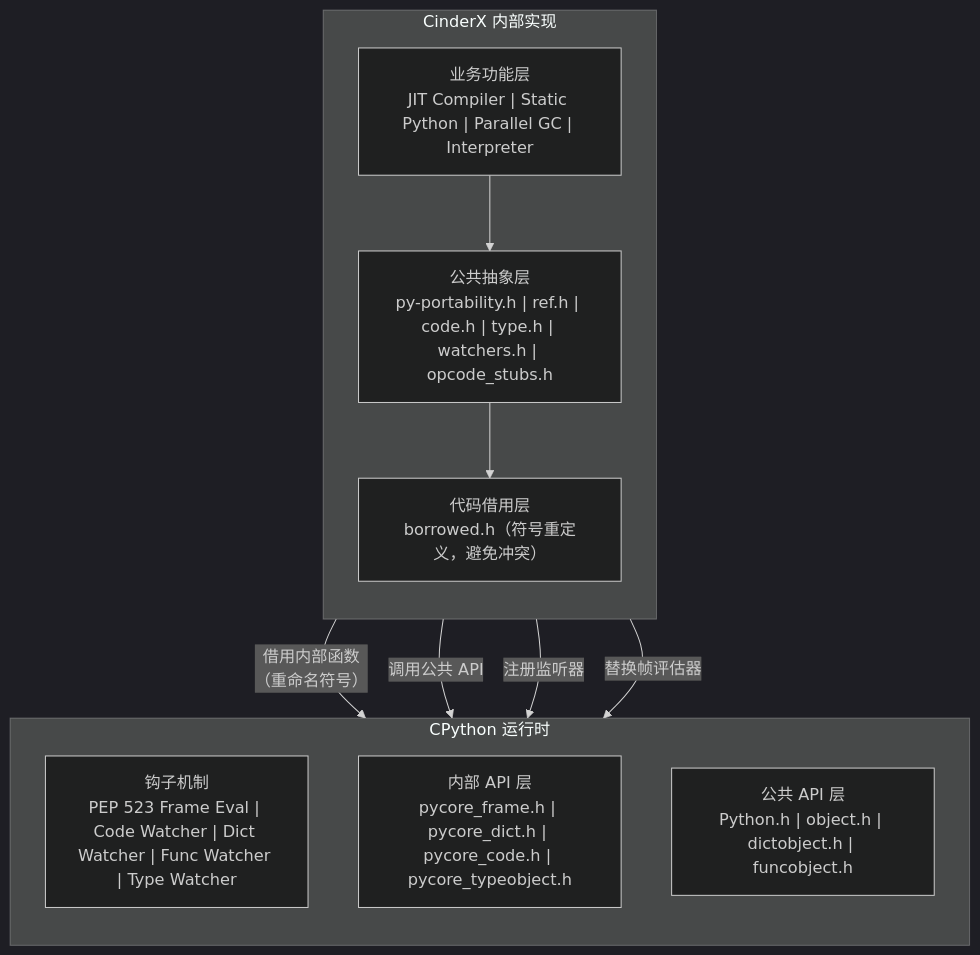
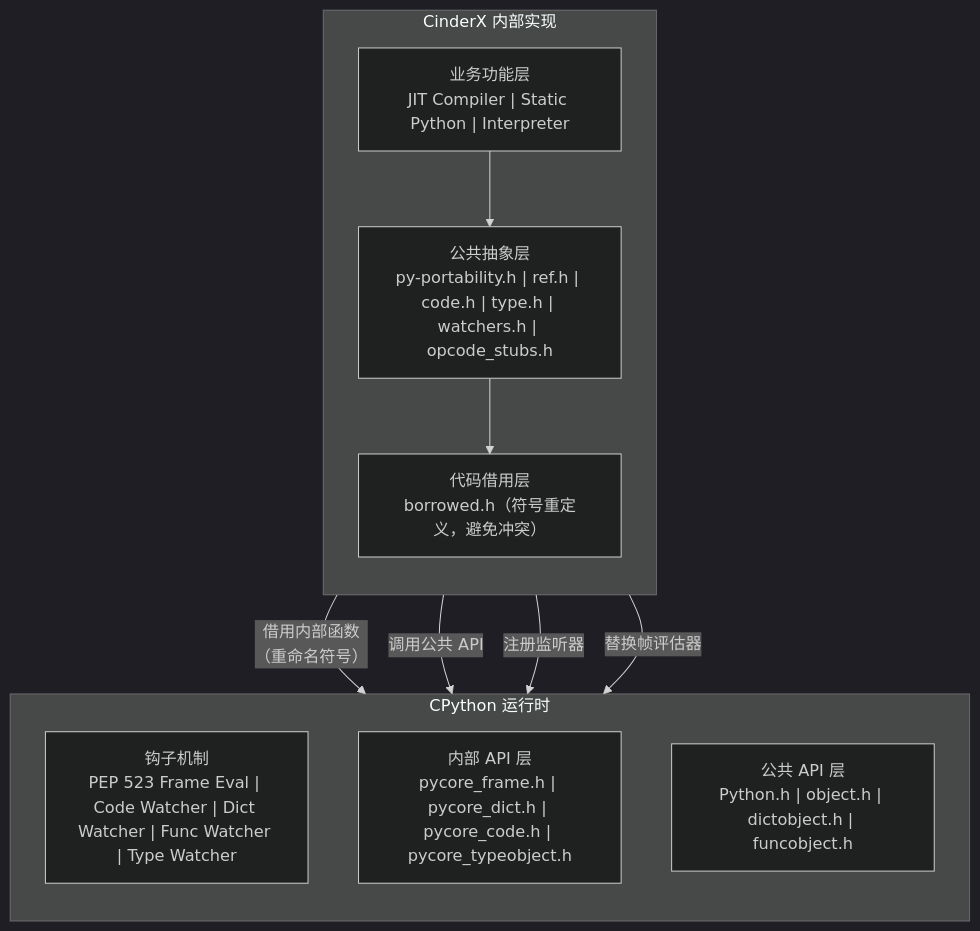
Before and after one commit to Cookie4Cat/cinderx: the second of 11 diagrams in cinderx/Docs/arch.md, drawn with Mermaid (dark theme). The commit also changed other lines of this file, not shown here.

````diff
--- a/cinderx/Docs/arch.md
+++ b/cinderx/Docs/arch.md
@@ -117,24 +115,24 @@
 ```mermaid
 graph TB
     subgraph CinderX内部["CinderX 内部实现"]
         direction TB
-        BizLayer["业务功能层<br/>JIT Compiler | Static Python | Parallel GC | Interpreter"]
+        BizLayer["业务功能层<br/>JIT Compiler | Static Python | Interpreter"]
         AbsLayer["公共抽象层<br/>py-portability.h | ref.h | code.h | type.h | watchers.h | opcode_stubs.h"]
         BorrowLayer["代码借用层<br/>borrowed.h（符号重定义，避免冲突）"]
 
         BizLayer --> AbsLayer
         AbsLayer --> BorrowLayer
     end
 
     subgraph CPythonRT["CPython 运行时"]
         direction TB
         HookLayer["钩子机制<br/>PEP 523 Frame Eval | Code Watcher | Dict Watcher | Func Watcher | Type Watcher"]
         InternalAPI["内部 API 层<br/>pycore_frame.h | pycore_dict.h | pycore_code.h | pycore_typeobject.h"]
         PublicAPI["公共 API 层<br/>Python.h | object.h | dictobject.h | funcobject.h"]
     end
 
     BorrowLayer -- "借用内部函数<br/>（重命名符号）" --> InternalAPI
     AbsLayer -- "调用公共 API" --> PublicAPI
     AbsLayer -- "注册监听器" --> HookLayer
     BorrowLayer -- "替换帧评估器" --> HookLayer
 ```
````
